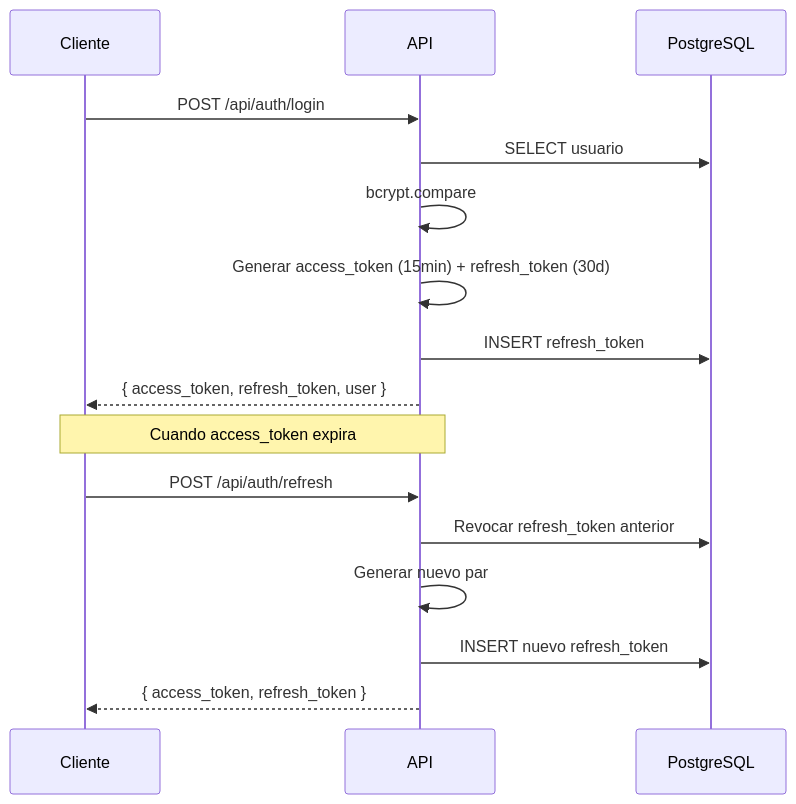
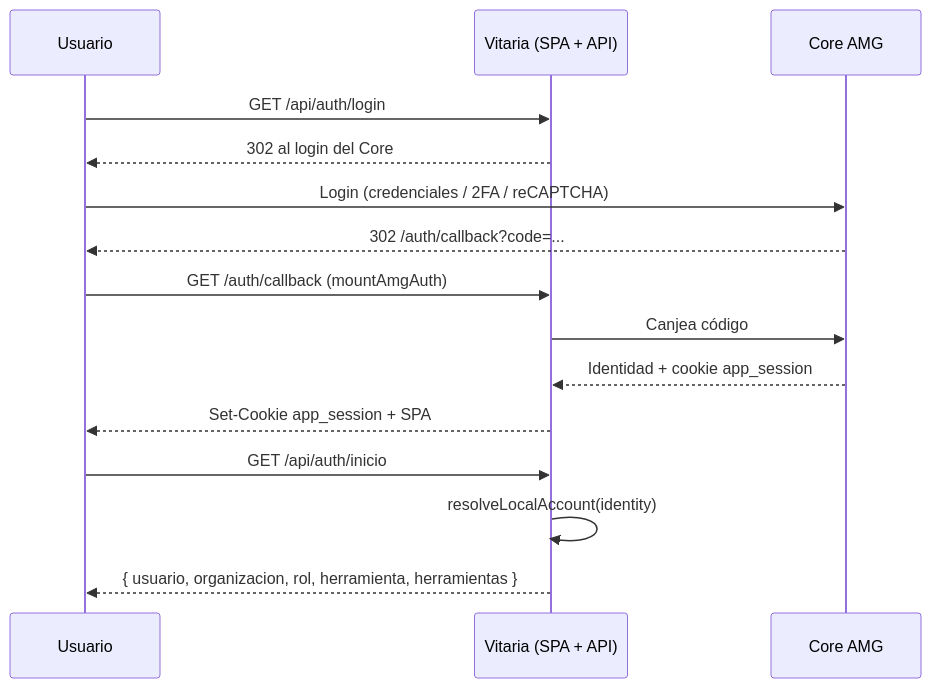
Before and after one commit to bentlyy/Clinica-Salud-Vital: the diagram in wiki/07-SEGURIDAD/Autenticacion.md, drawn with Mermaid. The commit also changed other lines of this file and 14 other files, not shown here.

First line of the commit message:
fix(auth): no confiar en tenant_id del cliente en el alta por invitacion

````diff
--- a/wiki/07-SEGURIDAD/Autenticacion.md
+++ b/wiki/07-SEGURIDAD/Autenticacion.md
@@ -7,20 +9,18 @@
 ```mermaid
 sequenceDiagram
-    participant C as Cliente
-    participant A as API
-    participant DB as PostgreSQL
+    participant U as Usuario
+    participant V as Vitaria (SPA + API)
+    participant C as Core AMG
 
-    C->>A: POST /api/auth/login
-    A->>DB: SELECT usuario
-    A->>A: bcrypt.compare
-    A->>A: Generar access_token (15min) + refresh_token (30d)
-    A->>DB: INSERT refresh_token
-    A-->>C: { access_token, refresh_token, user }
-
-    Note over C,A: Cuando access_token expira
-    C->>A: POST /api/auth/refresh
-    A->>DB: Revocar refresh_token anterior
-    A->>A: Generar nuevo par
-    A->>DB: INSERT nuevo refresh_token
-    A-->>C: { access_token, refresh_token }
+    U->>V: GET /api/auth/login
+    V-->>U: 302 al login del Core
+    U->>C: Login (credenciales / 2FA / reCAPTCHA)
+    C-->>U: 302 /auth/callback?code=...
+    U->>V: GET /auth/callback (mountAmgAuth)
+    V->>C: Canjea código
+    C-->>V: Identidad + cookie app_session
+    V-->>U: Set-Cookie app_session + SPA
+    U->>V: GET /api/auth/inicio
+    V->>V: resolveLocalAccount(identity)
+    V-->>U: { usuario, organizacion, rol, herramienta, herramientas }
 ```
````
